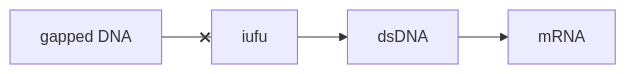
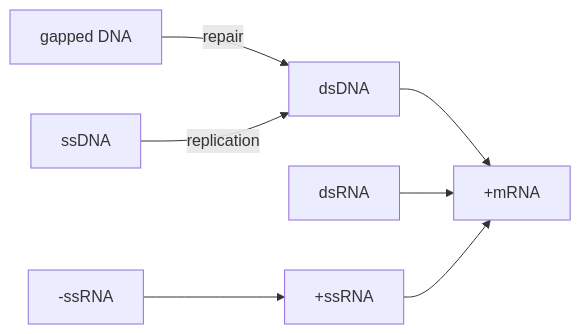
Before and after one commit to Raymon-Lyu/Veterinary-Medicine: the diagram in 兽医病毒学/总论.md, drawn with Mermaid. The commit also changed other lines of this file and 2 other files, not shown here.

Commit message:
vault backup: 2025-11-11 15:42:13

````diff
--- a/兽医病毒学/总论.md
+++ b/兽医病毒学/总论.md
@@ -64,6 +64,9 @@
 ```mermaid
 graph LR
-	A[dsDNA]-->B[mRNA]
-	C[gapped DNA]--xiufu-->A
-	
+	A[dsDNA]-->B[+mRNA]
+	C[gapped DNA]--repair-->A
+	D[ssDNA]--replication-->A
+	E[dsRNA]-->B
+	F[+ssRNA]-->B
+	G[-ssRNA]-->F
 ```
````
